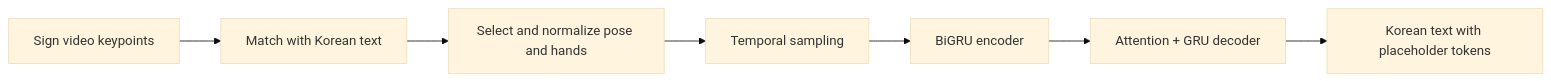
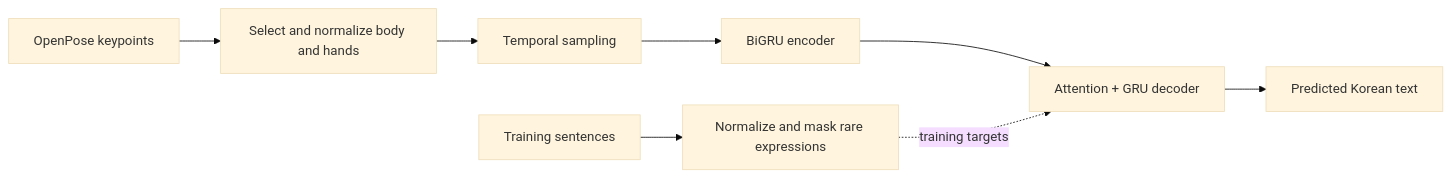
Before and after one commit to yeopgee/sign-language-keypoint-translation: the diagram in README.md, drawn with Mermaid (base theme). The commit also changed other lines of this file, not shown here.

````diff
--- a/README.md
+++ b/README.md
@@ -15,9 +15,10 @@
 ```mermaid
 flowchart LR
-    A[Sign video keypoints] --> B[Match with Korean text]
-    B --> C[Select and normalize pose and hands]
-    C --> D[Temporal sampling]
-    D --> E[BiGRU encoder]
-    E --> F[Attention + GRU decoder]
-    F --> G[Korean text with placeholder tokens]
+    A[OpenPose keypoints] --> B[Select and normalize body and hands]
+    B --> C[Temporal sampling]
+    C --> D[BiGRU encoder]
+    D --> E[Attention + GRU decoder]
+    E --> F[Predicted Korean text]
+    G[Training sentences] --> H[Normalize and mask rare expressions]
+    H -. training targets .-> E
 ```
````
